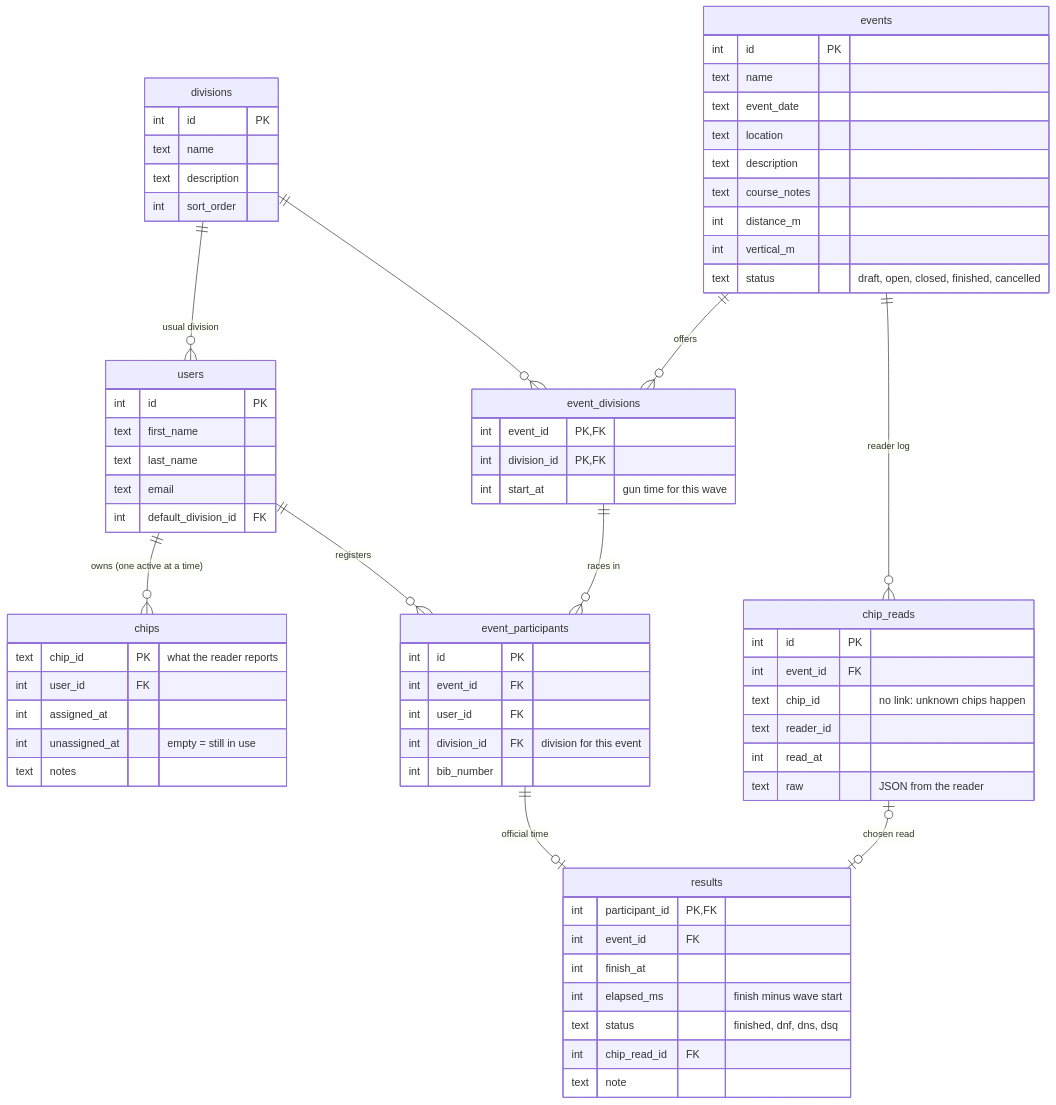
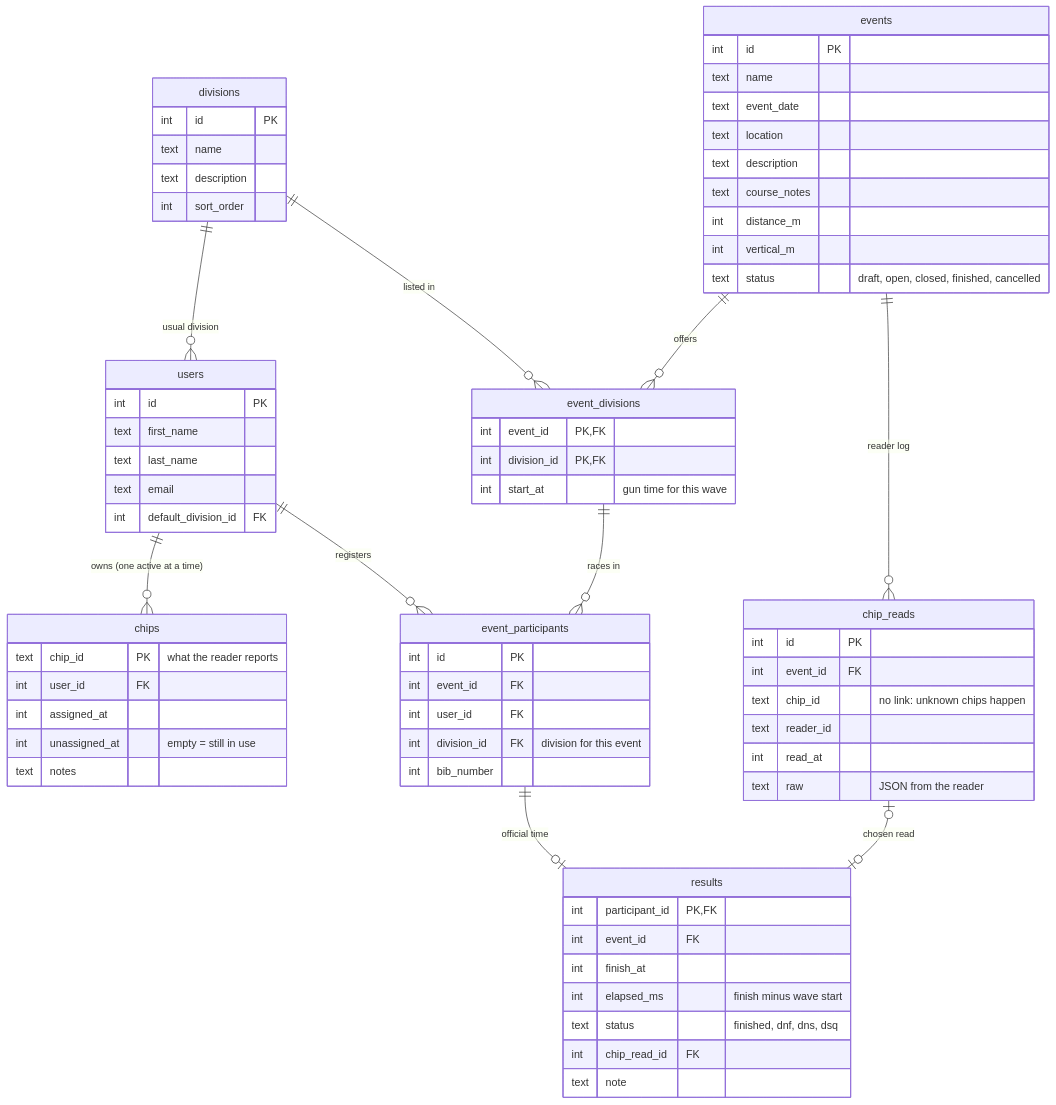
Before and after one commit to james-willis/skimo-timing: the diagram in README.md, drawn with Mermaid.

Commit message:
Label the divisions to event_divisions relationship in the ER diagram
Claude-Session: https://claude.ai/code/session_01Gf2ZtayKHZkKKML7oNFo4w

````diff
--- a/README.md
+++ b/README.md
@@ -30,73 +30,73 @@
 ```mermaid
 erDiagram
     users ||--o{ chips : "owns (one active at a time)"
     divisions ||--o{ users : "usual division"
     events ||--o{ event_divisions : "offers"
-    divisions ||--o{ event_divisions : ""
+    divisions ||--o{ event_divisions : "listed in"
     users ||--o{ event_participants : "registers"
     event_divisions ||--o{ event_participants : "races in"
     events ||--o{ chip_reads : "reader log"
     event_participants ||--o| results : "official time"
     chip_reads |o--o| results : "chosen read"
 
     users {
         int id PK
         text first_name
         text last_name
         text email
         int default_division_id FK
     }
     chips {
         text chip_id PK "what the reader reports"
         int user_id FK
         int assigned_at
         int unassigned_at "empty = still in use"
         text notes
     }
     divisions {
         int id PK
         text name
         text description
         int sort_order
     }
     events {
         int id PK
         text name
         text event_date
         text location
         text description
         text course_notes
         int distance_m
         int vertical_m
         text status "draft, open, closed, finished, cancelled"
     }
     event_divisions {
         int event_id PK, FK
         int division_id PK, FK
         int start_at "gun time for this wave"
     }
     event_participants {
         int id PK
         int event_id FK
         int user_id FK
         int division_id FK "division for this event"
         int bib_number
     }
     chip_reads {
         int id PK
         int event_id FK
         text chip_id "no link: unknown chips happen"
         text reader_id
         int read_at
         text raw "JSON from the reader"
     }
     results {
         int participant_id PK, FK
         int event_id FK
         int finish_at
         int elapsed_ms "finish minus wave start"
         text status "finished, dnf, dns, dsq"
         int chip_read_id FK
         text note
     }
 ```
````
